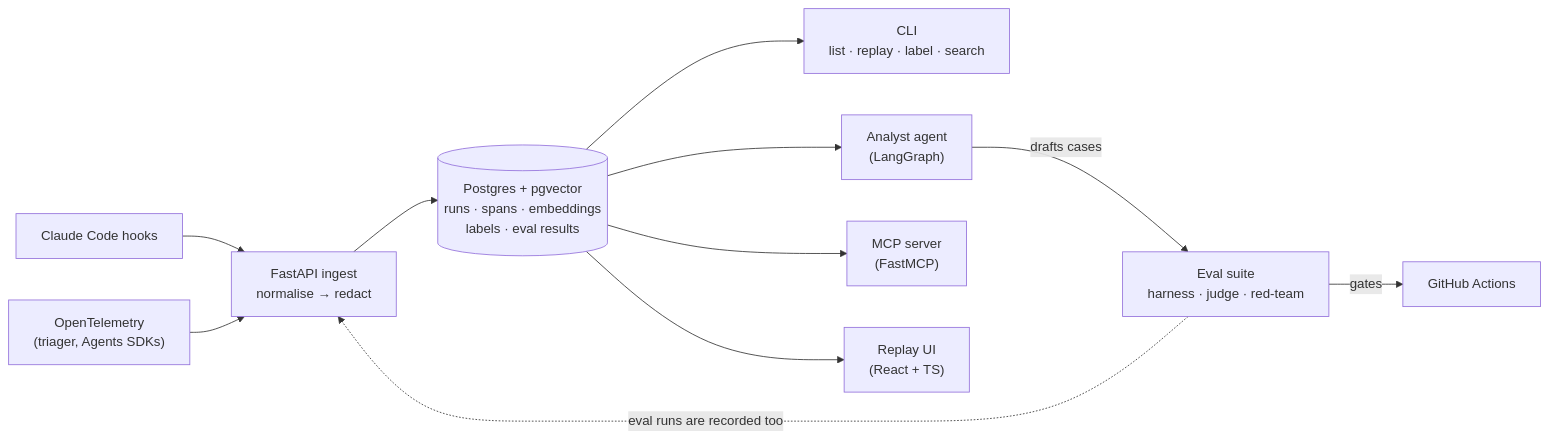
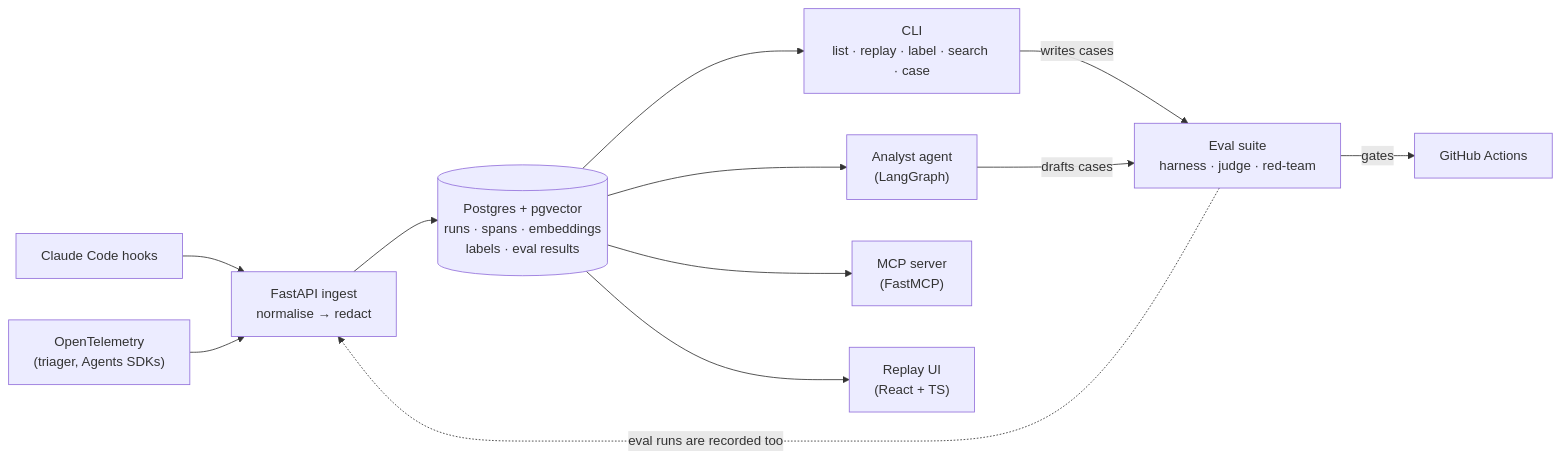
Before and after one commit to sonicjoy/agent-flight-recorder: the diagram in docs/PLAN.md, drawn with Mermaid. The commit also changed other lines of this file, not shown here.

````diff
--- a/docs/PLAN.md
+++ b/docs/PLAN.md
@@ -46,13 +48,14 @@
 ```mermaid
 flowchart LR
   CC["Claude Code hooks"] --> API
   OT["OpenTelemetry<br/>(triager, Agents SDKs)"] --> API
   API["FastAPI ingest<br/>normalise → redact"] --> DB[("Postgres + pgvector<br/>runs · spans · embeddings<br/>labels · eval results")]
-  DB --> CLI["CLI<br/>list · replay · label · search"]
+  DB --> CLI["CLI<br/>list · replay · label · search · case"]
   DB --> AN["Analyst agent<br/>(LangGraph)"]
   DB --> MCP["MCP server<br/>(FastMCP)"]
   DB --> UI["Replay UI<br/>(React + TS)"]
+  CLI -->|writes cases| EV
   AN -->|drafts cases| EV["Eval suite<br/>harness · judge · red-team"]
   EV -->|gates| CI["GitHub Actions"]
   EV -.->|eval runs are recorded too| API
 ```
````
